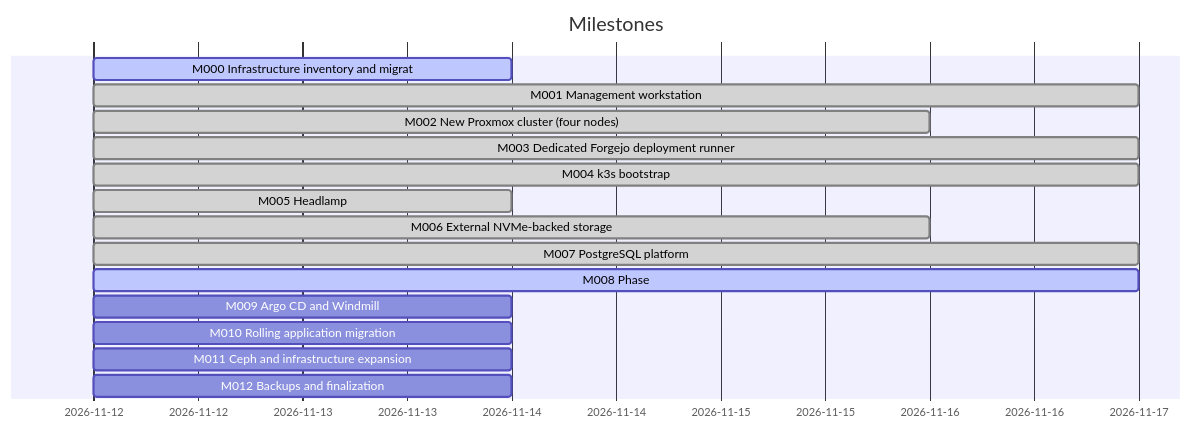
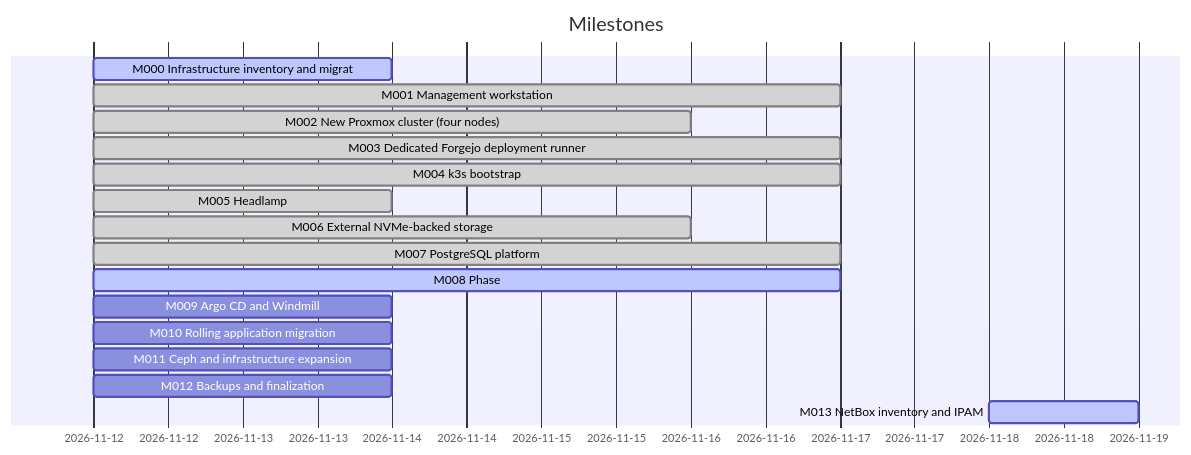
The diagram in docs/dashboard.md (doku-code/homelab-iac), drawn with Mermaid before and after one commit. The commit also changed other lines of this file and 22 other files, not shown here.

Commit message:
feat(netbox): NetBox on k3s as inventory and IPAM, reconciliation from Git and read-only Proxmox discovery, Ansible inventory (TASK-023, ADR-016)

````diff
--- a/docs/dashboard.md
+++ b/docs/dashboard.md
@@ -35,18 +36,19 @@
 ```mermaid
 gantt
     dateFormat YYYY-MM-DD
     title Milestones
     M000 Infrastructure inventory and migrat :active, m000, 2026-11-12, 2026-11-14
     M001 Management workstation :done, m001, 2026-11-12, 2026-11-17
     M002 New Proxmox cluster (four nodes) :done, m002, 2026-11-12, 2026-11-16
     M003 Dedicated Forgejo deployment runner :done, m003, 2026-11-12, 2026-11-17
     M004 k3s bootstrap :done, m004, 2026-11-12, 2026-11-17
     M005 Headlamp :done, m005, 2026-11-12, 2026-11-14
     M006 External NVMe-backed storage :done, m006, 2026-11-12, 2026-11-16
     M007 PostgreSQL platform :done, m007, 2026-11-12, 2026-11-17
     M008 Phase :active, m008, 2026-11-12, 2026-11-17
     M009 Argo CD and Windmill :m009, 2026-11-12, 2026-11-14
     M010 Rolling application migration :m010, 2026-11-12, 2026-11-14
     M011 Ceph and infrastructure expansion :m011, 2026-11-12, 2026-11-14
     M012 Backups and finalization :m012, 2026-11-12, 2026-11-14
+    M013 NetBox inventory and IPAM :active, m013, 2026-11-18, 2026-11-19
 ```
````
